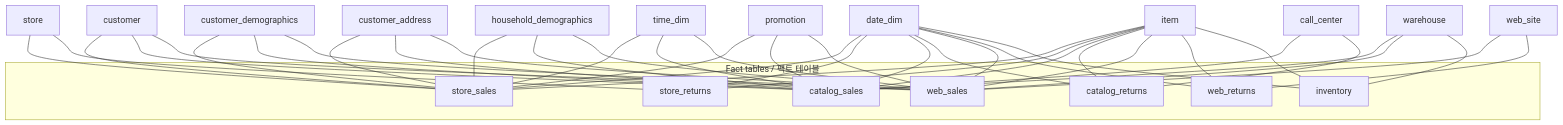
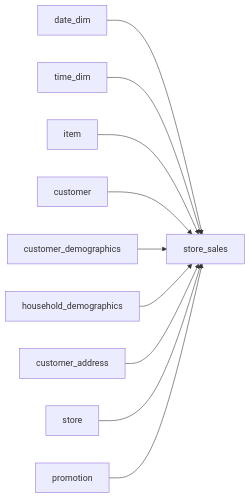
One commit to litkhai/tpcds-scripts changed the second of 2 diagrams in docs/reference/schema.md. Above: the diagram before and after it, drawn with Mermaid. The commit also changed other lines of this file and 8 other files, not shown here.

````diff
--- a/docs/reference/schema.md
+++ b/docs/reference/schema.md
@@ -17,38 +33,13 @@
 ```mermaid
-flowchart TB
-  subgraph facts["Fact tables / 팩트 테이블"]
-    SS["store_sales"]
-    SR["store_returns"]
-    CS["catalog_sales"]
-    CR["catalog_returns"]
-    WS["web_sales"]
-    WR["web_returns"]
-    INV["inventory"]
-  end
-
-  DD["date_dim"]
-  IT["item"]
-  CU["customer"]
-  CD["customer_demographics"]
-  CA["customer_address"]
-  HD["household_demographics"]
-  TD["time_dim"]
-  ST["store"]
-  CC["call_center"]
-  WSITE["web_site"]
-  WH["warehouse"]
-  PR["promotion"]
-
-  DD --- SS & SR & CS & CR & WS & WR & INV
-  IT --- SS & SR & CS & CR & WS & WR & INV
-  CU --- SS & CS & WS
-  CD --- SS & CS & WS
-  CA --- SS & CS & WS
-  HD --- SS & CS & WS
-  TD --- SS & CS & WS
-  PR --- SS & CS & WS
-  ST --- SS & SR
-  CC --- CS & CR
-  WSITE --- WS & WR
-  WH --- CS & WS & INV
+flowchart LR
+  DD["date_dim"] --> SS
+  TD["time_dim"] --> SS
+  IT["item"] --> SS
+  CU["customer"] --> SS
+  CD["customer_demographics"] --> SS
+  HD["household_demographics"] --> SS
+  CA["customer_address"] --> SS
+  ST["store"] --> SS
+  PR["promotion"] --> SS
+  SS["store_sales"]
 ```
````
